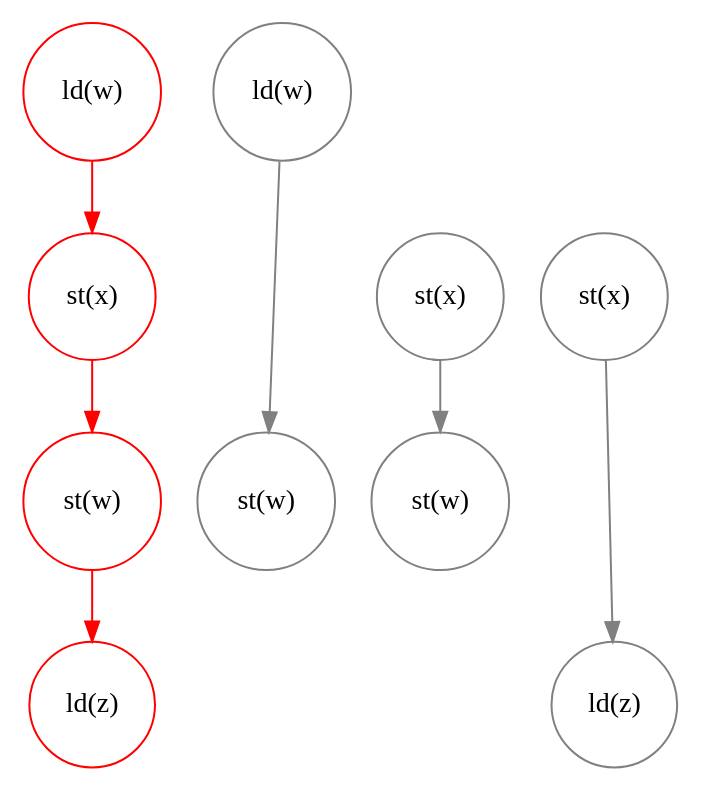
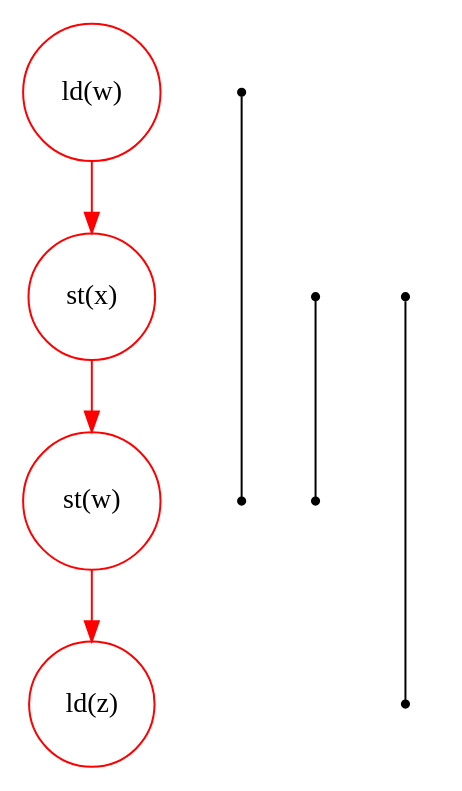
Before and after one commit to johnbender/oopsla-2015-presentation: the second of 10 diagrams in presentation.org, drawn with Graphviz. The commit also changed other lines of this file and 11 other files, not shown here.

Commit message:
alter the algorithm graphs per feedback

```diff
--- a/presentation.org
+++ b/presentation.org
@@ -713,40 +717,40 @@
    #+BEGIN_SRC dot :file assets/images/full-graph-fst-input.png :exports results
 digraph a {
  splines=line
  node [shape = circle];
  1 [label="ld(w)", color="red"]
  2 [label="st(x)", color="red"]
  3 [label="st(w)", color="red"]
  4 [label="ld(z)", color="red"]
 
  1 -> 2 [color="red"]
  2 -> 3 [color="red"]
  3 -> 4 [color="red"]
 
- node[shape=circle]
- 5 [label="ld(w)", color="gray"]
- 7 [label="st(w)", color="gray"]
+ node[shape=point]
+ 5 [color="black"]
+ 7 [color="black"]
 
- 9 [label="st(x)", color="gray"]
- 10 [label="st(w)", color="gray"]
+ 9 [color="black"]
+ 10 [ color="black"]
 
- 6 [label="st(x)", color="gray"]
- 8 [label="ld(z)", color="gray"]
+ 6 [color="black"]
+ 8 [ color="black"]
 
  node[shape=point style=invis]
  splines=line
  5 -> m [style=invis]
  m -> 7 [style=invis]
  n -> 6 [style=invis]
  6 -> o [style=invis]
  o -> 8 [style=invis]
  p -> 9 [style=invis]
 
 
- 5 -> 7 [color="gray"]
+ 5 -> 7 [color="black"  arrowhead=none]
 
- 9 -> 10 [color="gray"]
+ 9 -> 10 [color="black"  arrowhead=none]
 
- 6 -> 8 [color="gray"]
+ 6 -> 8 [color="black"  arrowhead=none]
 }
    #+END_SRC
```
